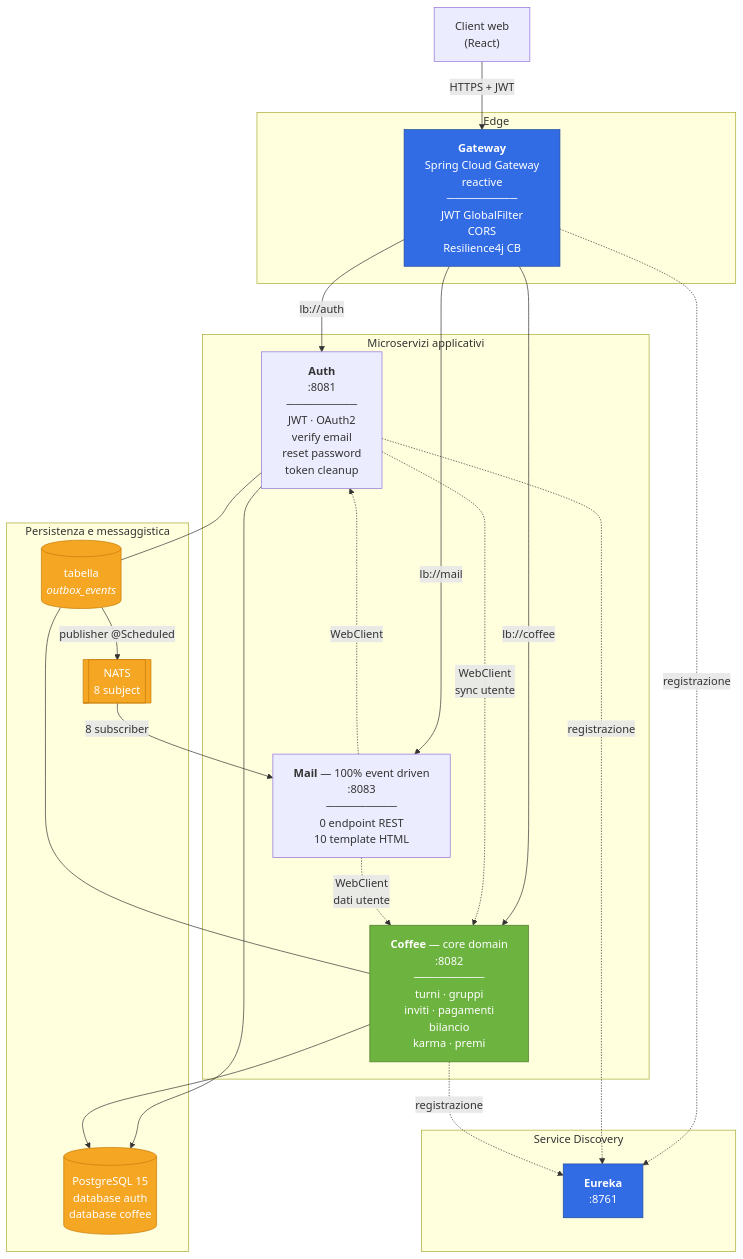
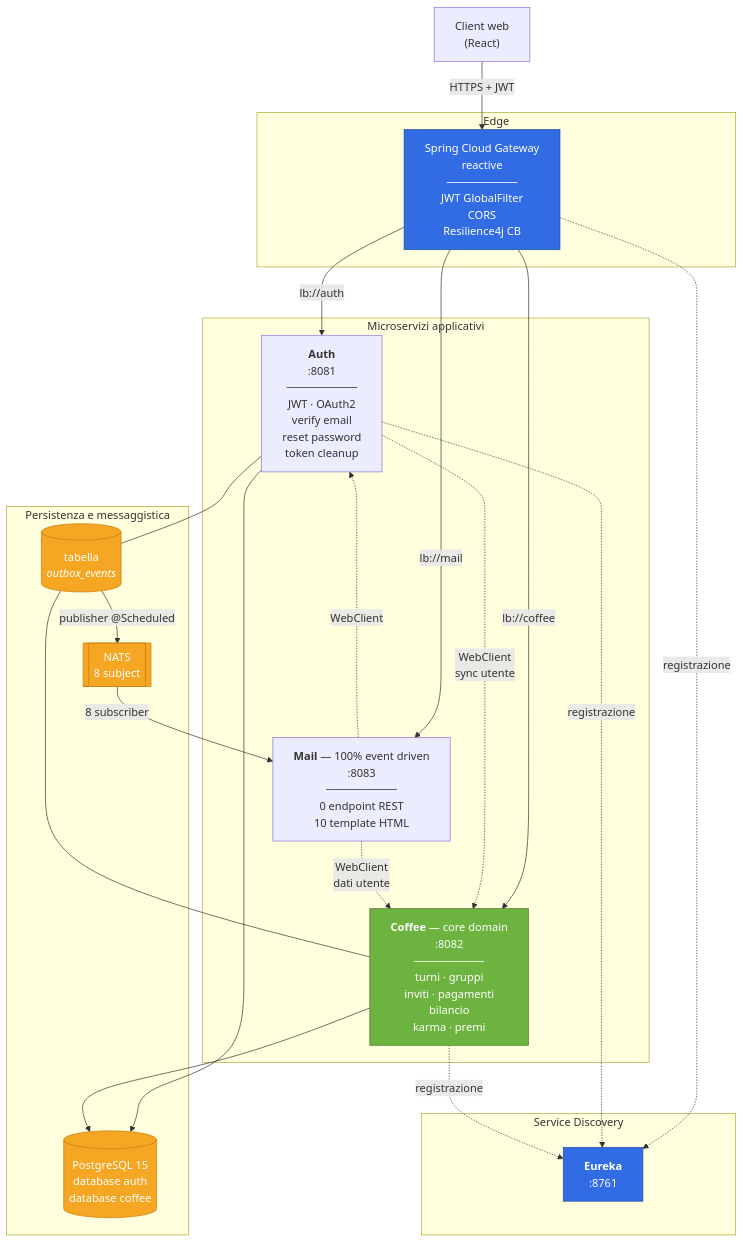
Before and after one commit to Lele97/PagaTu-Backend: the first of 2 diagrams in README.md, drawn with Mermaid. The commit also changed other lines of this file, not shown here.

````diff
--- a/README.md
+++ b/README.md
@@ -84,52 +84,52 @@
 ```mermaid
 flowchart TB
     Client["Client web<br/>(React)"]
 
     subgraph Edge["Edge"]
-        GW["<b>Gateway</b><br/>Spring Cloud Gateway<br/>reactive<br/>─────────<br/>JWT GlobalFilter<br/>CORS<br/>Resilience4j CB"]
+        GW["Spring Cloud Gateway<br/>reactive<br/>─────────<br/>JWT GlobalFilter<br/>CORS<br/>Resilience4j CB"]
     end
 
     subgraph Discovery["Service Discovery"]
         EU["<b>Eureka</b><br/>:8761"]
     end
 
     subgraph App["Microservizi applicativi"]
         AU["<b>Auth</b><br/>:8081<br/>─────────<br/>JWT · OAuth2<br/>verify email<br/>reset password<br/>token cleanup"]
         CO["<b>Coffee</b> — core domain<br/>:8082<br/>─────────<br/>turni · gruppi<br/>inviti · pagamenti<br/>bilancio<br/>karma · premi"]
         ML["<b>Mail</b> — 100% event driven<br/>:8083<br/>─────────<br/>0 endpoint REST<br/>10 template HTML"]
     end
 
     subgraph Data["Persistenza e messaggistica"]
         PG[("PostgreSQL 15<br/>database auth<br/>database coffee")]
         OB[("tabella<br/><i>outbox_events</i>")]
         NATS[["NATS<br/>8 subject"]]
     end
 
     Client -->|"HTTPS + JWT"| GW
     GW -->|"lb://auth"| AU
     GW -->|"lb://coffee"| CO
     GW -->|"lb://mail"| ML
 
     GW -.->|registrazione| EU
     AU -.->|registrazione| EU
     CO -.->|registrazione| EU
 
     AU --> PG
     CO --> PG
     CO --- OB
     AU --- OB
     OB -->|"publisher @Scheduled"| NATS
     NATS -->|"8 subscriber"| ML
 
     AU -.->|"WebClient<br/>sync utente"| CO
     ML -.->|"WebClient<br/>dati utente"| CO
     ML -.->|"WebClient"| AU
 
     classDef core fill:#6DB33F,stroke:#4a7a28,color:#fff
     classDef edge fill:#326CE5,stroke:#1e4a9c,color:#fff
     classDef data fill:#f5a623,stroke:#c67c0a,color:#fff
     class CO core
     class GW edge
     class EU edge
     class PG,NATS,OB data
 ```
````
